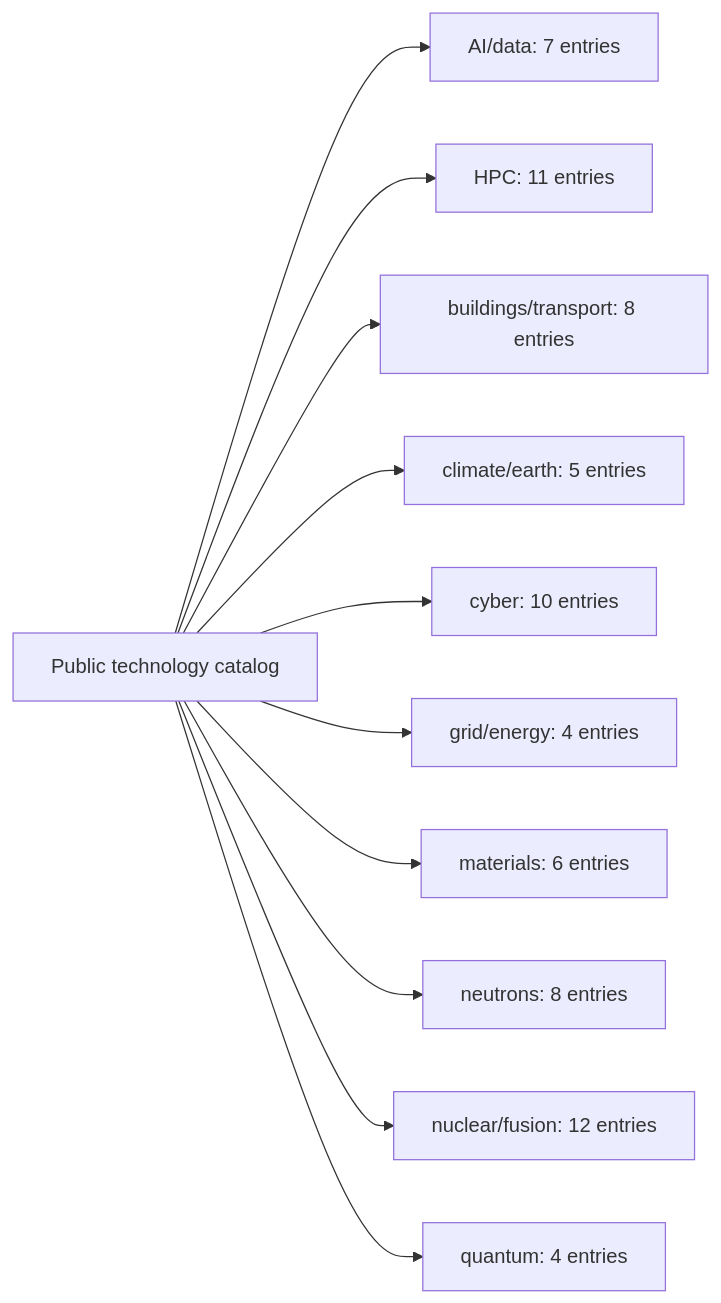
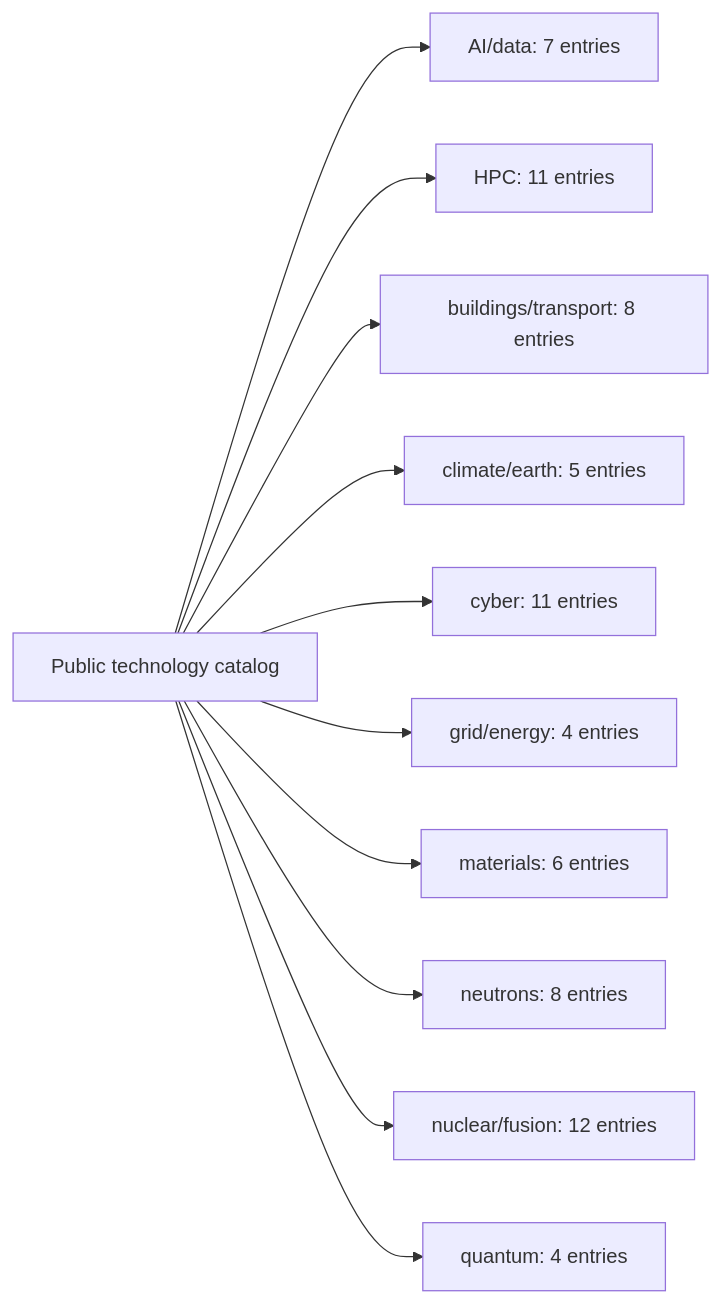
The diagram in docs/portfolio-map.md (zaxpointx/ornl-public-tech-research), drawn with Mermaid before and after one commit. The commit also changed other lines of this file and 75 other files, not shown here.

````diff
--- a/docs/portfolio-map.md
+++ b/docs/portfolio-map.md
@@ -17,14 +17,14 @@
 ```mermaid
 flowchart LR
   atlas["Public technology catalog"]
   atlas --> d0["AI/data: 7 entries"]
   atlas --> d1["HPC: 11 entries"]
   atlas --> d2["buildings/transport: 8 entries"]
   atlas --> d3["climate/earth: 5 entries"]
-  atlas --> d4["cyber: 10 entries"]
+  atlas --> d4["cyber: 11 entries"]
   atlas --> d5["grid/energy: 4 entries"]
   atlas --> d6["materials: 6 entries"]
   atlas --> d7["neutrons: 8 entries"]
   atlas --> d8["nuclear/fusion: 12 entries"]
   atlas --> d9["quantum: 4 entries"]
 ```
````
